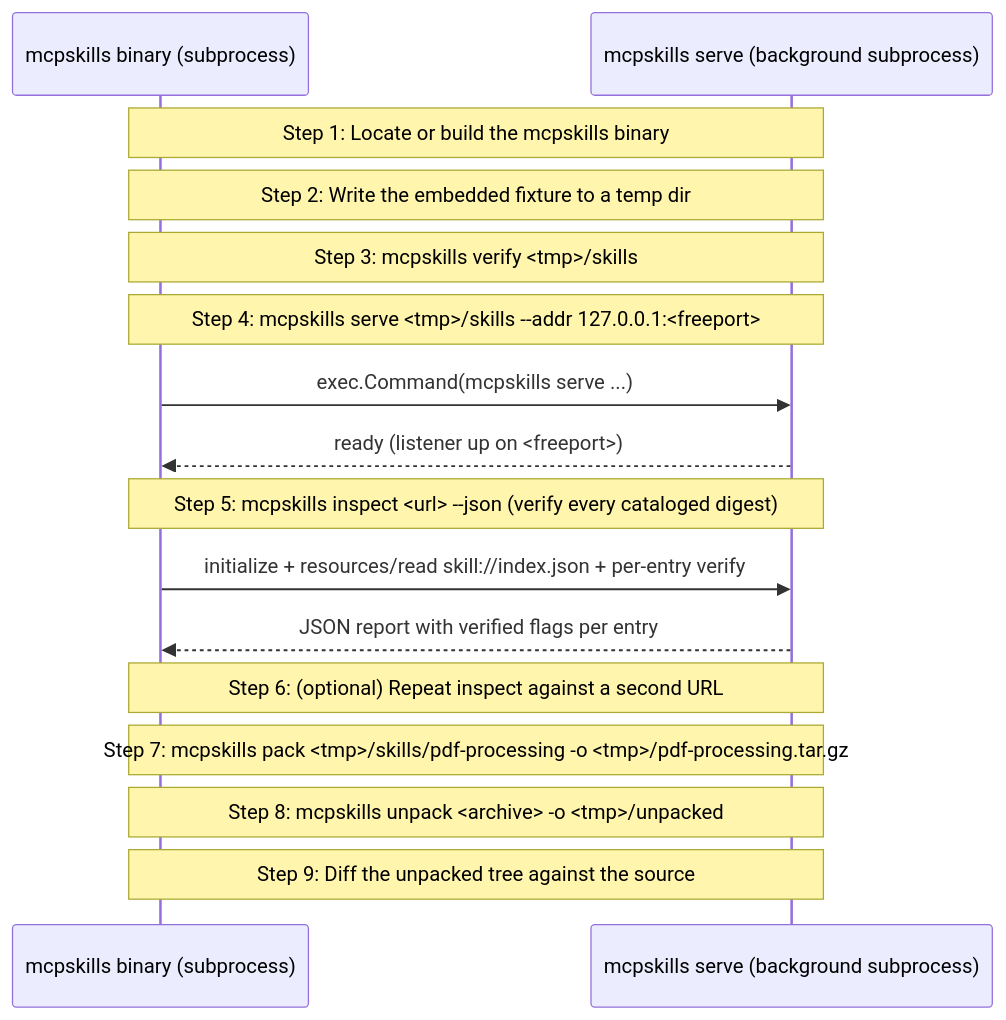
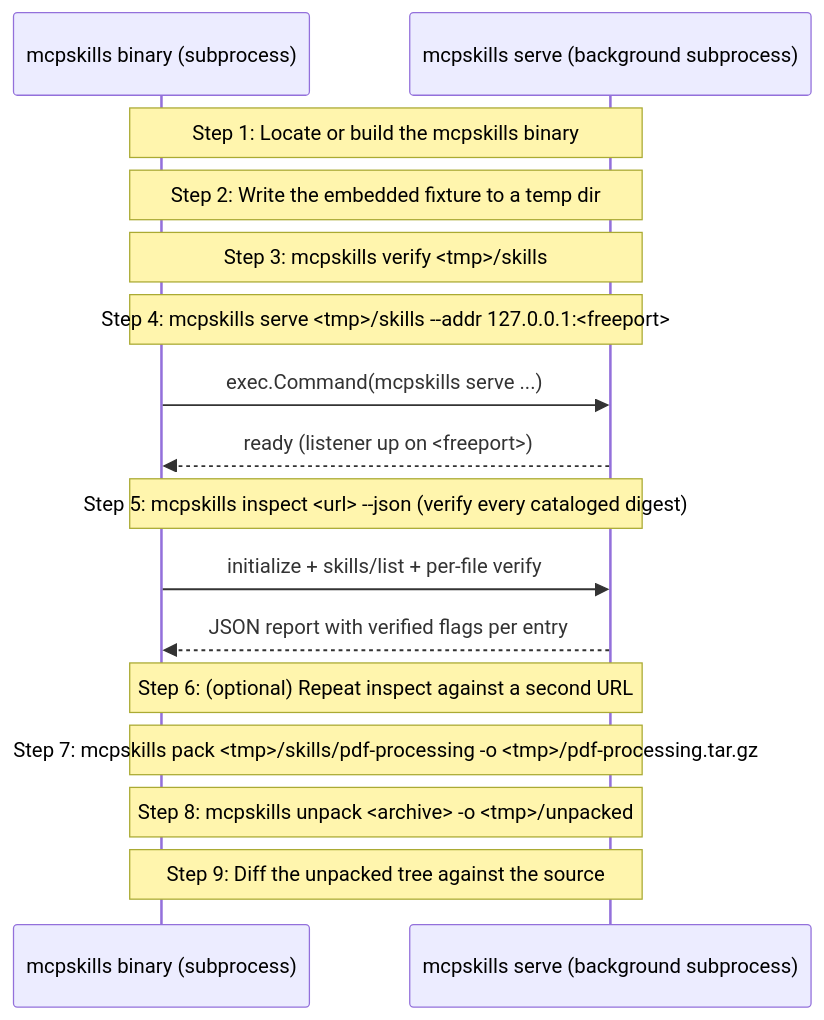
Before and after one commit to panyam/mcpkit: the diagram in examples/mcpskills-walkthrough/WALKTHROUGH.md, drawn with Mermaid. The commit also changed other lines of this file and 8 other files, not shown here.

````diff
--- a/examples/mcpskills-walkthrough/WALKTHROUGH.md
+++ b/examples/mcpskills-walkthrough/WALKTHROUGH.md
@@ -19,27 +19,27 @@
 ```mermaid
 sequenceDiagram
     participant CLI as mcpskills binary (subprocess)
     participant Server as mcpskills serve (background subprocess)
 
     Note over CLI,Server: Step 1: Locate or build the mcpskills binary
 
     Note over CLI,Server: Step 2: Write the embedded fixture to a temp dir
 
     Note over CLI,Server: Step 3: mcpskills verify <tmp>/skills
 
     Note over CLI,Server: Step 4: mcpskills serve <tmp>/skills --addr 127.0.0.1:<freeport>
     CLI->>Server: exec.Command(mcpskills serve ...)
     Server-->>CLI: ready (listener up on <freeport>)
 
     Note over CLI,Server: Step 5: mcpskills inspect <url> --json (verify every cataloged digest)
-    CLI->>Server: initialize + resources/read skill://index.json + per-entry verify
+    CLI->>Server: initialize + skills/list + per-file verify
     Server-->>CLI: JSON report with verified flags per entry
 
     Note over CLI,Server: Step 6: (optional) Repeat inspect against a second URL
 
     Note over CLI,Server: Step 7: mcpskills pack <tmp>/skills/pdf-processing -o <tmp>/pdf-processing.tar.gz
 
     Note over CLI,Server: Step 8: mcpskills unpack <archive> -o <tmp>/unpacked
 
     Note over CLI,Server: Step 9: Diff the unpacked tree against the source
 ```
````
